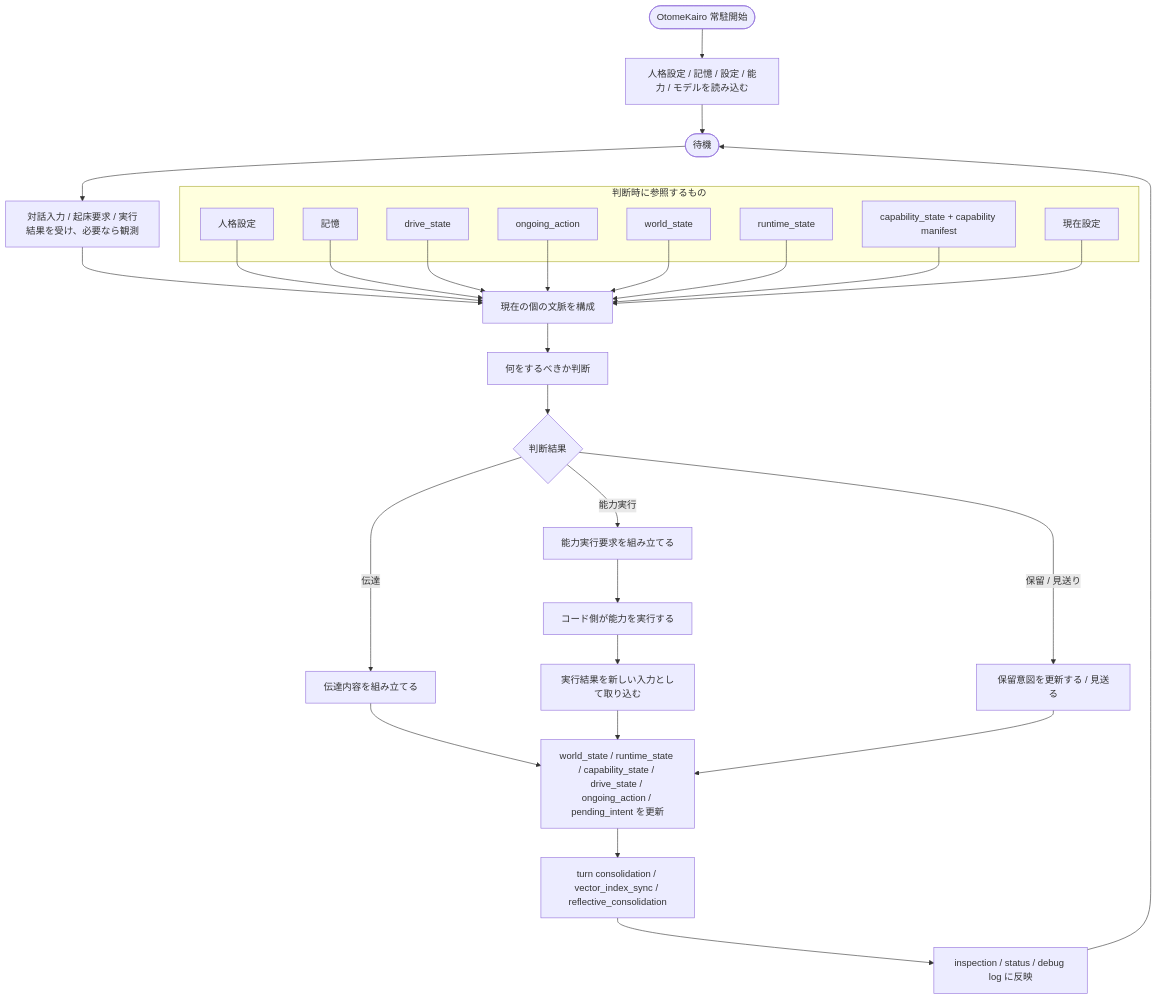
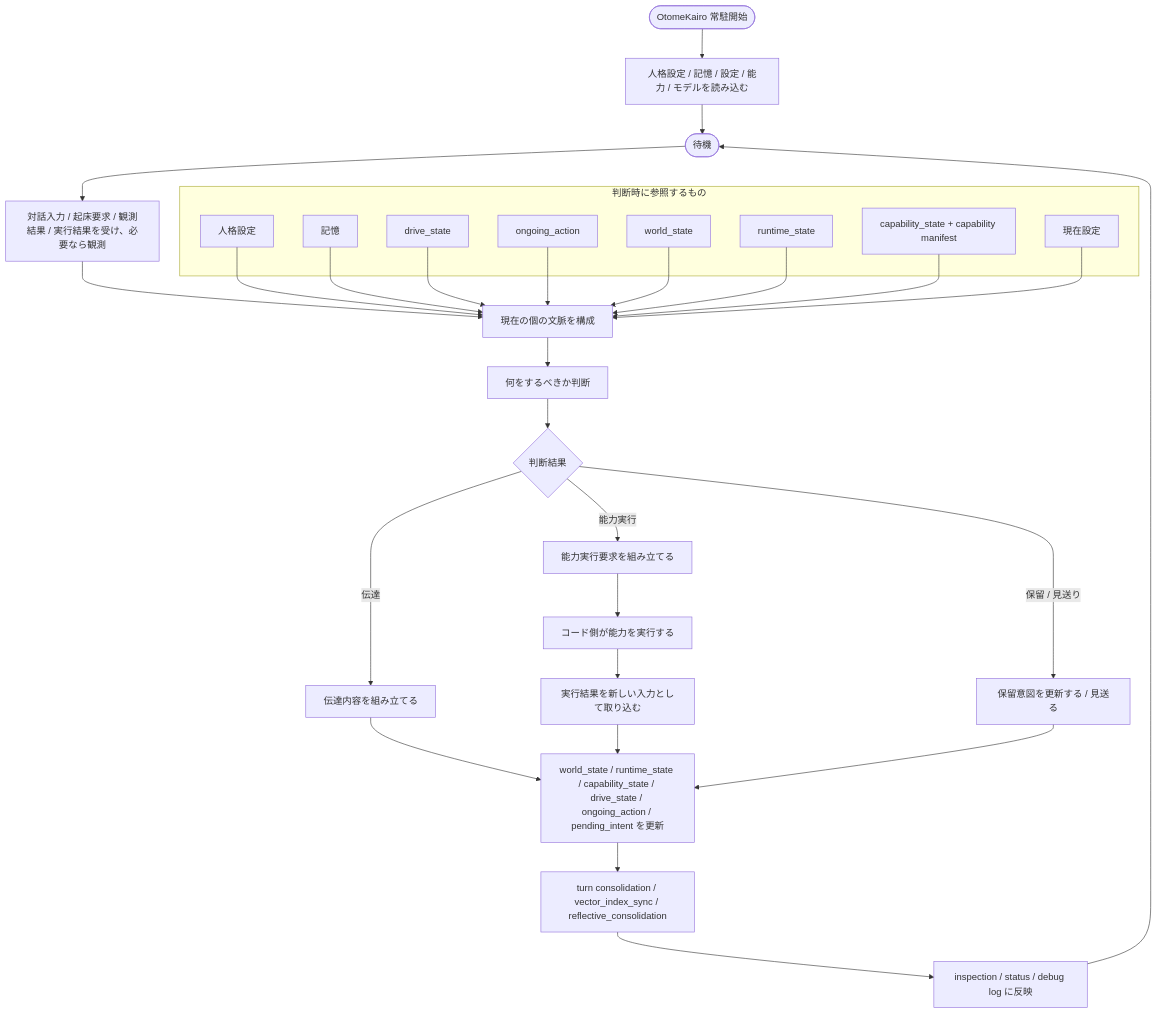
Before and after one commit to hirona98/OtomeKairo: the first of 4 diagrams in docs/plan/02_現行処理フロー.md, drawn with Mermaid. The commit also changed other lines of this file and 3 other files, not shown here.

````diff
--- a/docs/plan/02_現行処理フロー.md
+++ b/docs/plan/02_現行処理フロー.md
@@ -36,57 +36,57 @@
 ```mermaid
 flowchart TD
     Start([OtomeKairo 常駐開始])
     Load["人格設定 / 記憶 / 設定 / 能力 / モデルを読み込む"]
     Wait([待機])
 
-    Observe["対話入力 / 起床要求 / 実行結果を受け、必要なら観測"]
+    Observe["対話入力 / 起床要求 / 観測結果 / 実行結果を受け、必要なら観測"]
     Build["現在の個の文脈を構成"]
     Decide["何をするべきか判断"]
     Branch{"判断結果"}
 
     Communicate["伝達内容を組み立てる"]
     Plan["能力実行要求を組み立てる"]
     Hold["保留意図を更新する / 見送る"]
     Execute["コード側が能力を実行する"]
     ObserveResult["実行結果を新しい入力として取り込む"]
     UpdateState["world_state / runtime_state / capability_state / drive_state / ongoing_action / pending_intent を更新"]
     UpdateMemory["turn consolidation / vector_index_sync / reflective_consolidation"]
     Inspect["inspection / status / debug log に反映"]
 
     subgraph Ref["判断時に参照するもの"]
         Persona["人格設定"]
         Memory["記憶"]
         Drive["drive_state"]
         Action["ongoing_action"]
         World["world_state"]
         Runtime["runtime_state"]
         Capability["capability_state + capability manifest"]
         Settings["現在設定"]
     end
 
     Start --> Load
     Load --> Wait
     Wait --> Observe
     Observe --> Build
     Persona --> Build
     Memory --> Build
     Drive --> Build
     Action --> Build
     World --> Build
     Runtime --> Build
     Capability --> Build
     Settings --> Build
     Build --> Decide
     Decide --> Branch
     Branch -->|伝達| Communicate
     Branch -->|能力実行| Plan
     Branch -->|保留 / 見送り| Hold
     Communicate --> UpdateState
     Plan --> Execute
     Execute --> ObserveResult
     ObserveResult --> UpdateState
     Hold --> UpdateState
     UpdateState --> UpdateMemory
     UpdateMemory --> Inspect
     Inspect --> Wait
 ```
````
